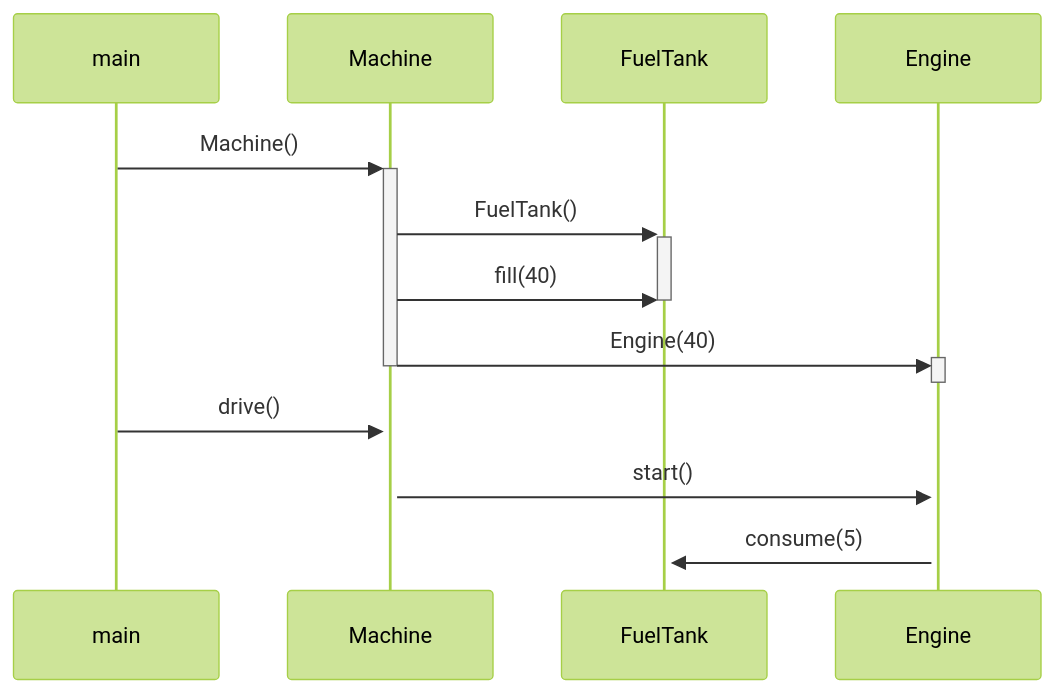
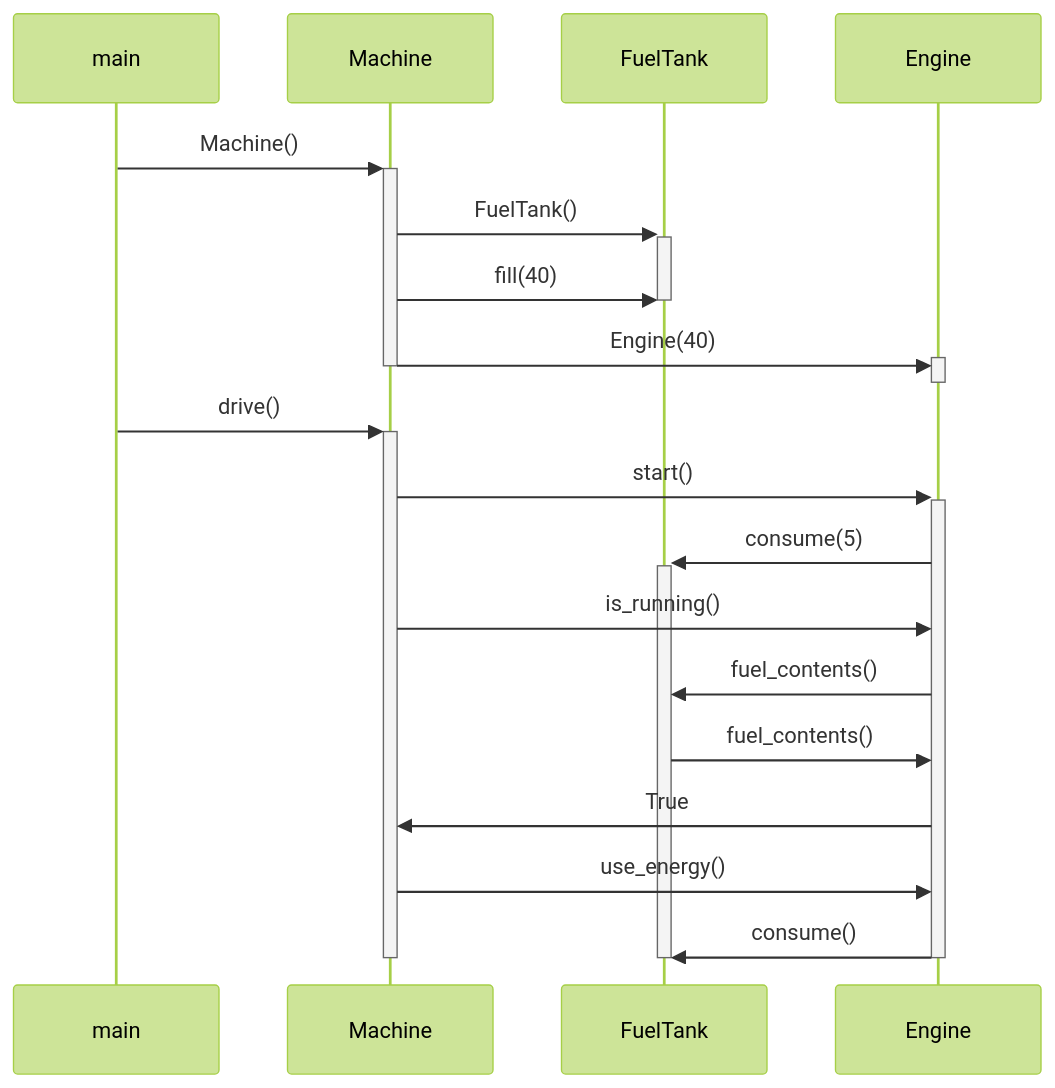
The diagram in laskarit/viikko3/task3.md (lenbie/Expense-Tracker-Project), drawn with Mermaid (forest theme) before and after one commit.

`````diff
--- a/laskarit/viikko3/task3.md
+++ b/laskarit/viikko3/task3.md
@@ -1,16 +1,24 @@
 ```mermaid
 
   sequenceDiagram
     main->>+Machine: Machine()
     Machine->>+FuelTank: FuelTank()
     Machine->>FuelTank: fill(40)
     deactivate FuelTank
     Machine->>+Engine: Engine(40)
     deactivate Engine
     deactivate Machine
     main->>+Machine: drive()
     Machine->>+Engine: start()
     Engine->>+FuelTank: consume(5)
-    
-    
+    Machine->>Engine: is_running()
+    Engine->>FuelTank: fuel_contents()
+    FuelTank->>Engine: fuel_contents()
+    Engine->>Machine: True
+    Machine->>Engine: use_energy()
+    Engine->>FuelTank: consume()
+    deactivate Machine
+    deactivate Engine
+    deactivate FuelTank
+ 
 ````
`````
